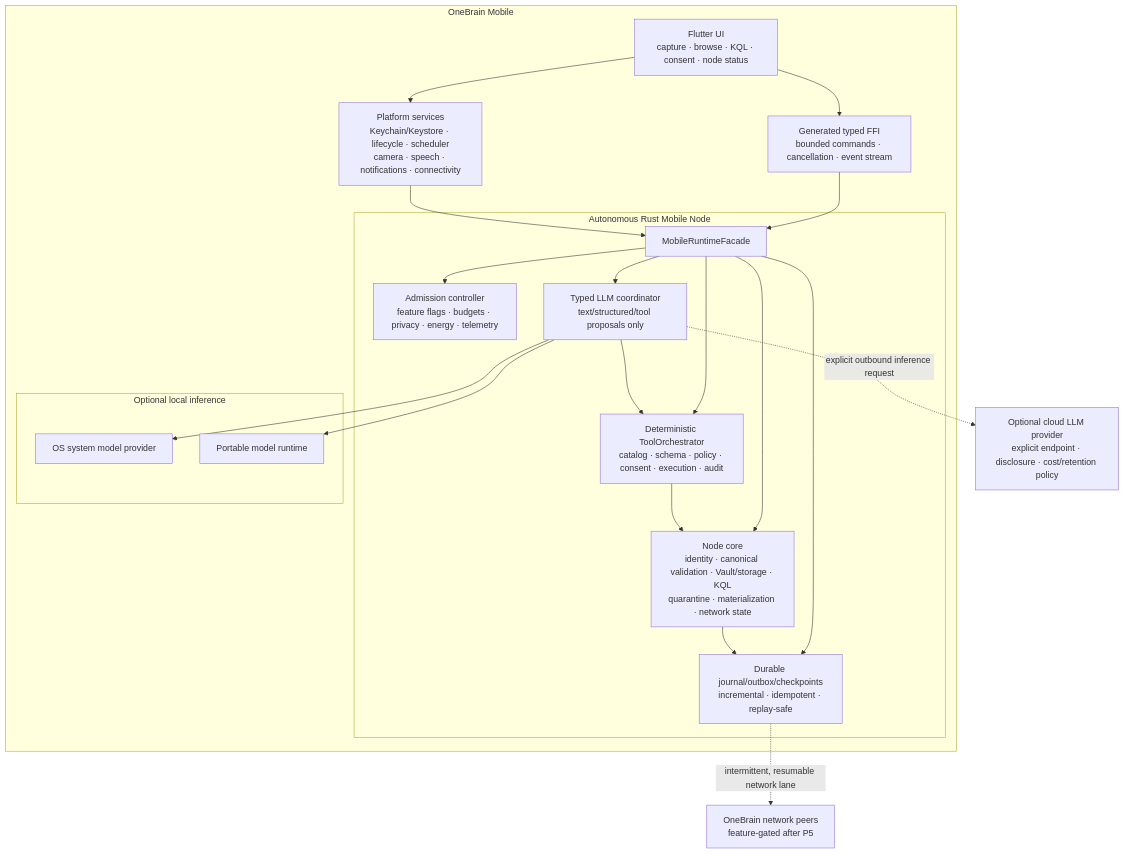
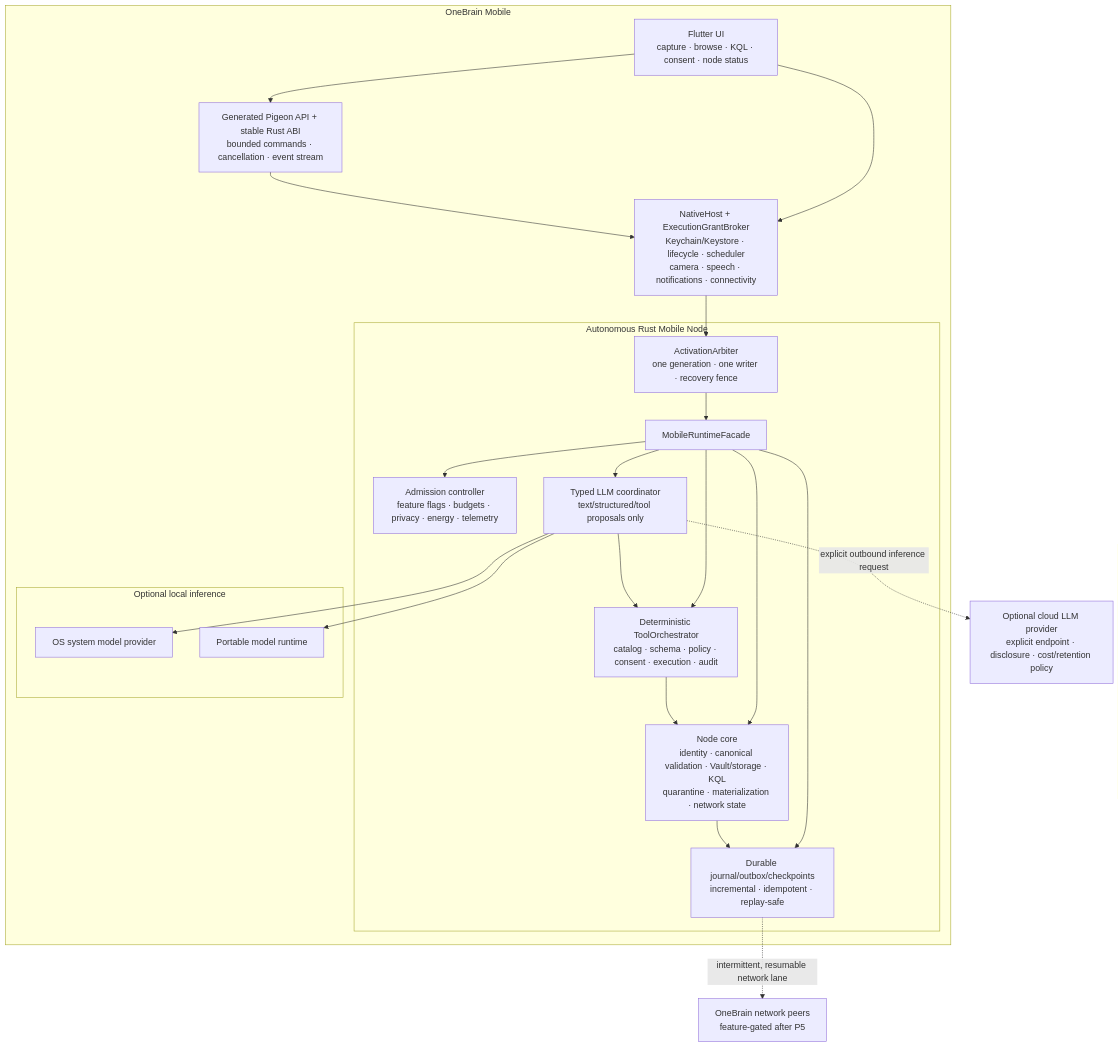
Before and after one commit to shpy2001gemi/OneBrain: the first of 2 diagrams in docs/research/WIP_MOBILE_APP_IMPLEMENTATION_PLAN_V1.md, drawn with Mermaid. The commit also changed other lines of this file and 1 other file, not shown here.

Commit message:
docs: add detailed mobile technical architecture

````diff
--- a/docs/research/WIP_MOBILE_APP_IMPLEMENTATION_PLAN_V1.md
+++ b/docs/research/WIP_MOBILE_APP_IMPLEMENTATION_PLAN_V1.md
@@ -264,42 +271,44 @@
 ```mermaid
 flowchart TB
     subgraph APP["OneBrain Mobile"]
         UI["Flutter UI\ncapture · browse · KQL · consent · node status"]
-        PS["Platform services\nKeychain/Keystore · lifecycle · scheduler\ncamera · speech · notifications · connectivity"]
-        FFI["Generated typed FFI\nbounded commands · cancellation · event stream"]
+        PS["NativeHost + ExecutionGrantBroker\nKeychain/Keystore · lifecycle · scheduler\ncamera · speech · notifications · connectivity"]
+        FFI["Generated Pigeon API + stable Rust ABI\nbounded commands · cancellation · event stream"]
 
         subgraph RUST["Autonomous Rust Mobile Node"]
+            ACT["ActivationArbiter\none generation · one writer · recovery fence"]
             FACADE["MobileRuntimeFacade"]
             CORE["Node core\nidentity · canonical validation · Vault/storage · KQL\nquarantine · materialization · network state"]
             TOOLS["Deterministic ToolOrchestrator\ncatalog · schema · policy · consent · execution · audit"]
             POLICY["Admission controller\nfeature flags · budgets · privacy · energy · telemetry"]
             AIX["Typed LLM coordinator\ntext/structured/tool proposals only"]
             JOURNAL["Durable journal/outbox/checkpoints\nincremental · idempotent · replay-safe"]
         end
 
         subgraph LOCAL_LLM["Optional local inference"]
             SYS["OS system model provider"]
             PORT["Portable model runtime"]
         end
     end
 
     CLOUD["Optional cloud LLM provider\nexplicit endpoint · disclosure · cost/retention policy"]
     NET["OneBrain network peers\nfeature-gated after P5"]
 
     UI --> FFI
     UI --> PS
-    FFI --> FACADE
-    PS --> FACADE
+    FFI --> PS
+    PS --> ACT
+    ACT --> FACADE
     FACADE --> CORE
     FACADE --> TOOLS
     FACADE --> POLICY
     FACADE --> AIX
     FACADE --> JOURNAL
     AIX --> TOOLS
     AIX --> SYS
     AIX --> PORT
     AIX -. "explicit outbound inference request" .-> CLOUD
     TOOLS --> CORE
     CORE --> JOURNAL
     JOURNAL -. "intermittent, resumable network lane" .-> NET
 ```
````
